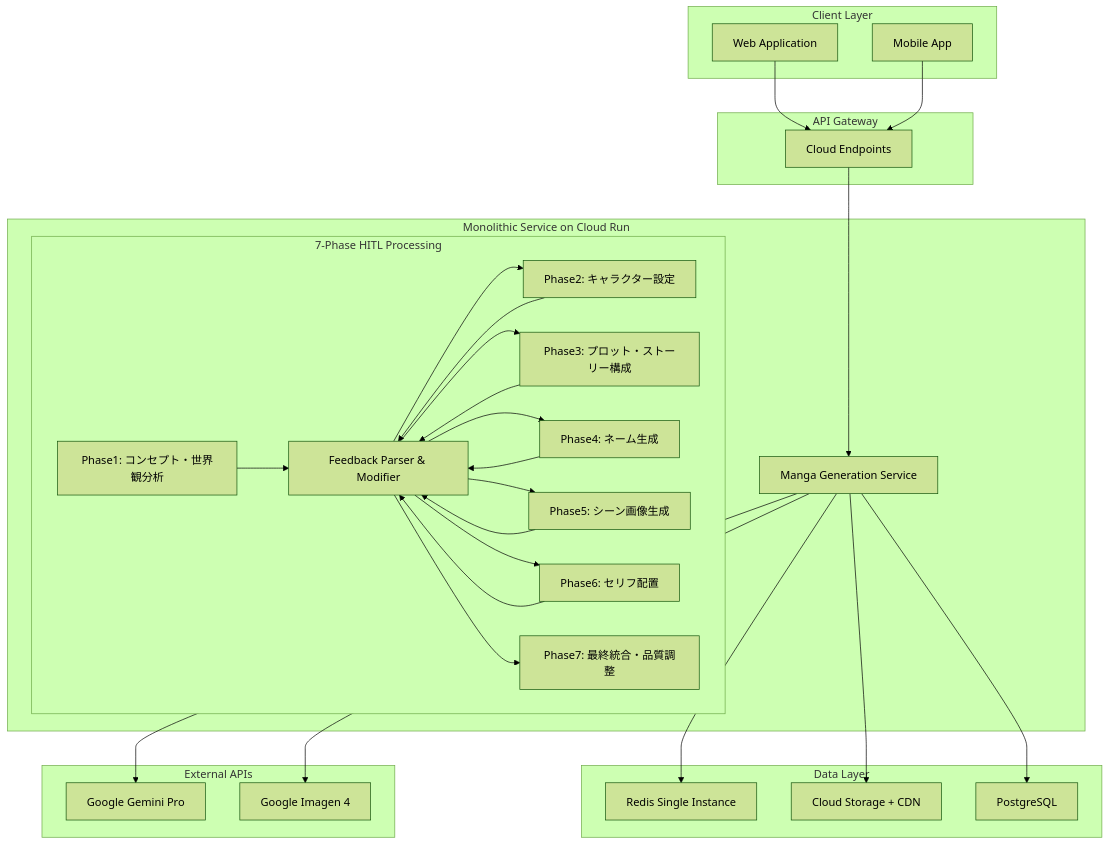
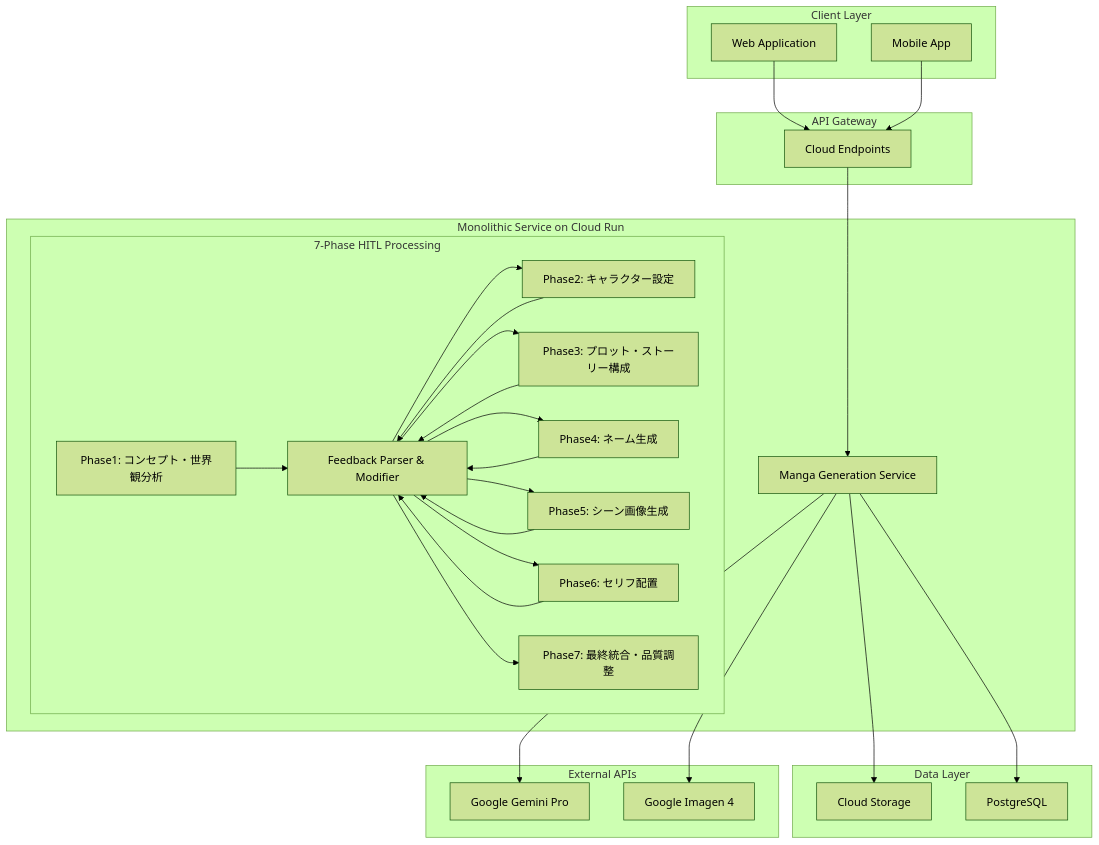
The first of 2 diagrams in docs/04.システム設計書.md (WLONEGI/AI_Agent_Hackathon_with_Google_Cloud_3rd), drawn with Mermaid (forest theme) before and after one commit. The commit also changed other lines of this file and 357 other files, not shown here.

````diff
--- a/docs/04.システム設計書.md
+++ b/docs/04.システム設計書.md
@@ -56,60 +56,58 @@
 ```mermaid
 graph TB
     subgraph "Client Layer"
         A[Web Application]
         B[Mobile App]
     end
     
     subgraph "API Gateway"
         C[Cloud Endpoints]
     end
     
     subgraph "Monolithic Service on Cloud Run"
         D[Manga Generation Service]
         subgraph "7-Phase HITL Processing"
             D1[Phase1: コンセプト・世界観分析]
             D2[Phase2: キャラクター設定]
             D3[Phase3: プロット・ストーリー構成]
             D4[Phase4: ネーム生成]
             D5[Phase5: シーン画像生成]
             D6[Phase6: セリフ配置]
             D7[Phase7: 最終統合・品質調整]
             F[Feedback Parser & Modifier]
         end
     end
     
     subgraph "Data Layer"
-        M[Redis Single Instance]
-        N[Cloud Storage + CDN]
+        N[Cloud Storage]
         O[PostgreSQL]
     end
     
     subgraph "External APIs"
         P[Google Gemini Pro]
         Q[Google Imagen 4]
     end
     
     A --> C
     B --> C
     C --> D
     
-    D --> M
     D --> N
     D --> O
     
     D --> P
     D --> Q
     
     D1 --> F
     F --> D2
     D2 --> F
     F --> D3
     D3 --> F
     F --> D4
     D4 --> F
     F --> D5
     D5 --> F
     F --> D6
     D6 --> F
     F --> D7
 ```
````
